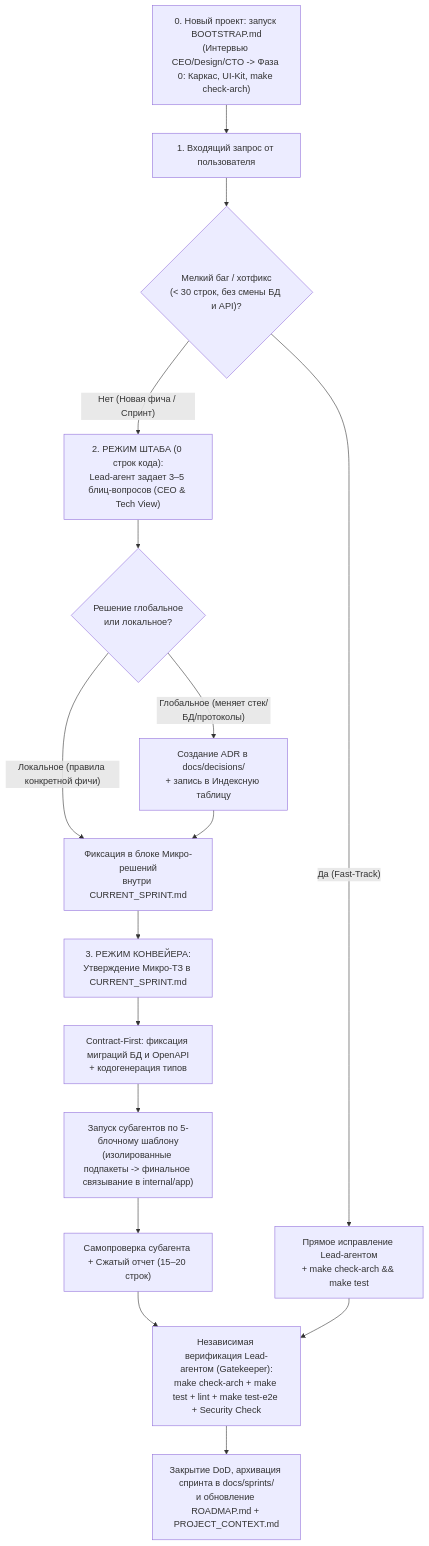
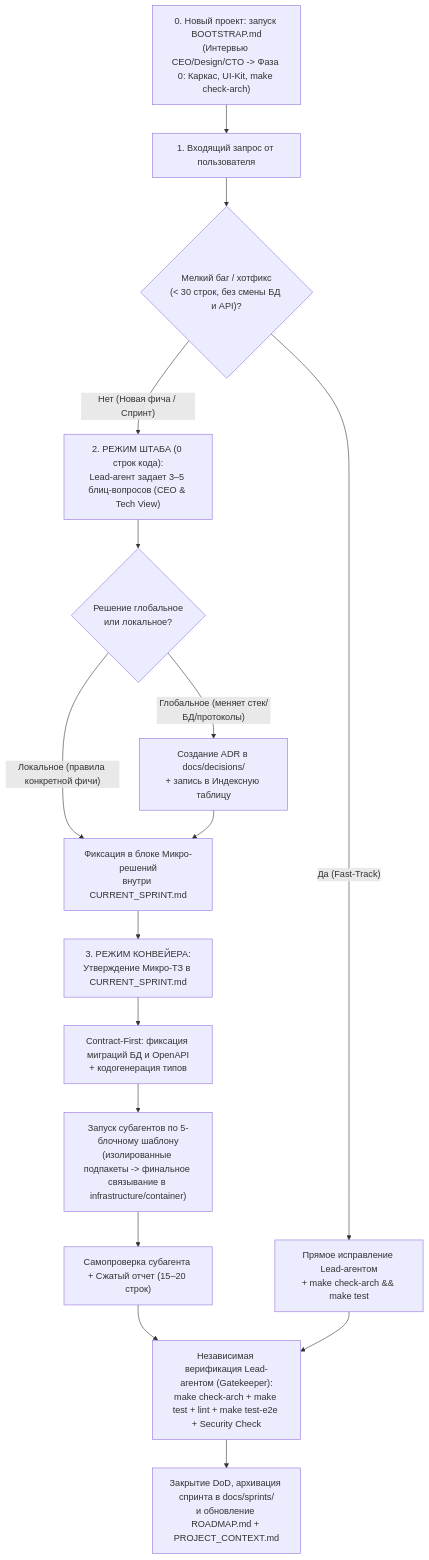
One commit to C4erries/takt changed the diagram in .framework_blueprint/README.md. Above: the diagram before and after it, drawn with Mermaid. The commit also changed other lines of this file and 27 other files, not shown here.

````diff
--- a/.framework_blueprint/README.md
+++ b/.framework_blueprint/README.md
@@ -64,18 +123,18 @@
 ```mermaid
 flowchart TD
     Start["0. Новый проект: запуск BOOTSTRAP.md<br/>(Интервью CEO/Design/CTO -> Фаза 0: Каркас, UI-Kit, make check-arch)"] --> A
     A["1. Входящий запрос от пользователя"] --> FT{"Мелкий баг / хотфикс<br/>(< 30 строк, без смены БД и API)?"}
     FT -- "Да (Fast-Track)" --> FTExec["Прямое исправление Lead-агентом<br/>+ make check-arch && make test"]
     FT -- "Нет (Новая фича / Спринт)" --> B["2. РЕЖИМ ШТАБА (0 строк кода):<br/>Lead-агент задает 3–5 блиц-вопросов (CEO & Tech View)"]
     B --> C{"Решение глобальное<br/>или локальное?"}
     C -- "Глобальное (меняет стек/БД/протоколы)" --> D["Создание ADR в docs/decisions/<br/>+ запись в Индексную таблицу"]
     C -- "Локальное (правила конкретной фичи)" --> E["Фиксация в блоке Микро-решений<br/>внутри CURRENT_SPRINT.md"]
     D --> E
     E --> F["3. РЕЖИМ КОНВЕЙЕРА:<br/>Утверждение Микро-ТЗ в CURRENT_SPRINT.md"]
     F --> G["Contract-First: фиксация миграций БД и OpenAPI<br/>+ кодогенерация типов"]
-    G --> H["Запуск субагентов по 5-блочному шаблону<br/>(изолированные подпакеты -> финальное связывание в internal/app)"]
+    G --> H["Запуск субагентов по 5-блочному шаблону<br/>(изолированные подпакеты -> финальное связывание в infrastructure/container)"]
     H --> I["Самопроверка субагента + Сжатый отчет (15–20 строк)"]
     I --> J["Независимая верификация Lead-агентом (Gatekeeper):<br/>make check-arch + make test + lint + make test-e2e + Security Check"]
     FTExec --> J
     J --> K["Закрытие DoD, архивация спринта в docs/sprints/<br/>и обновление ROADMAP.md + PROJECT_CONTEXT.md"]
 ```
````
